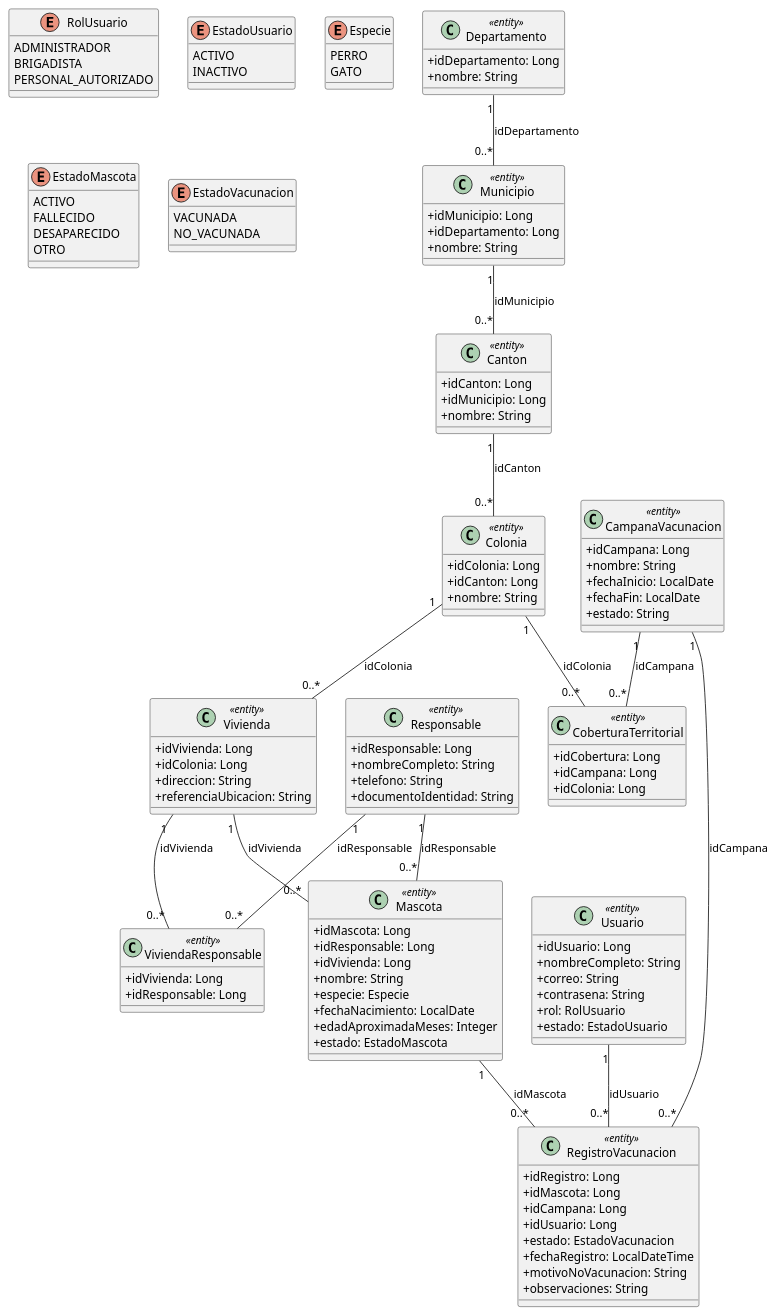
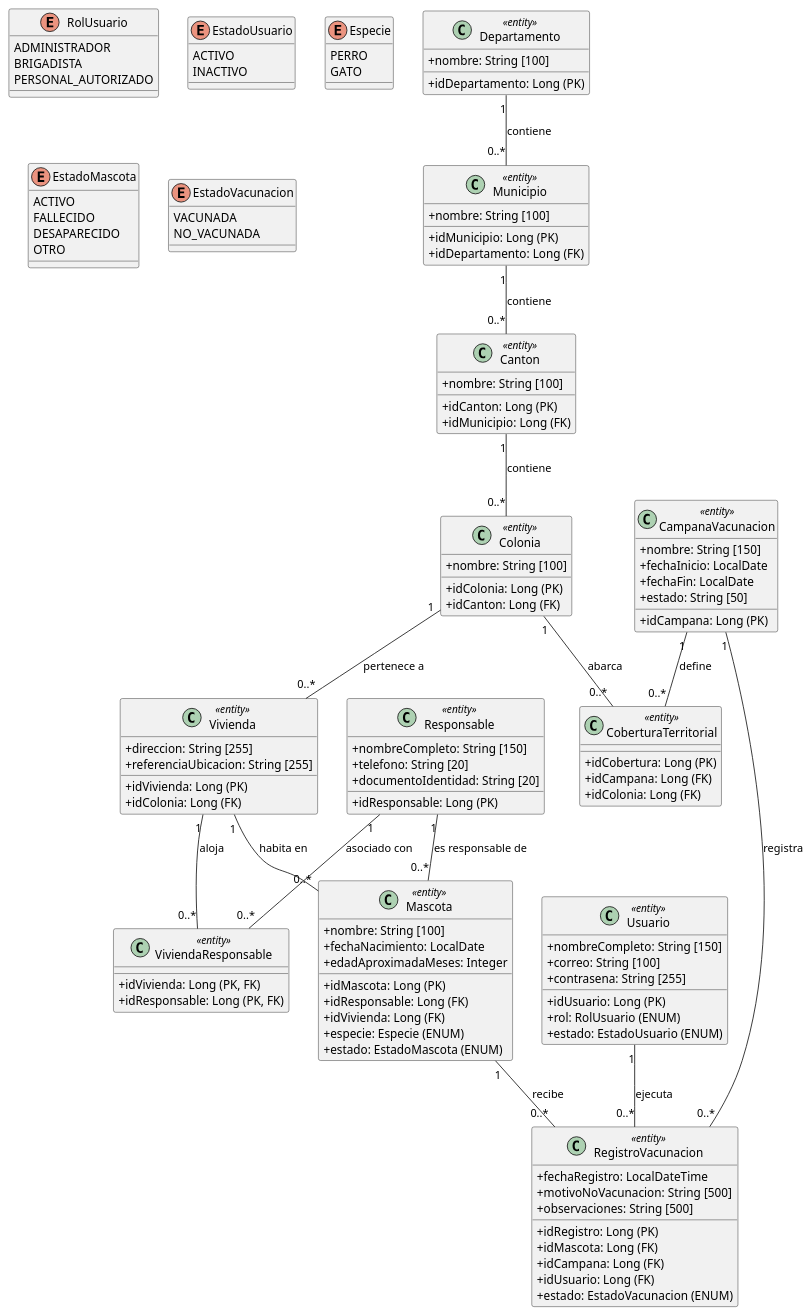
Before and after one commit to Alfredo2809/SISTEMA-DE-VACUNACION-ANIMAL: the diagram in src/main/Diagramas/ClaseDB.puml, drawn with PlantUML.

Commit message:
Restaurar version correcta de ClaseDB.puml con PK/FK

```diff
--- a/src/main/Diagramas/ClaseDB.puml
+++ b/src/main/Diagramas/ClaseDB.puml
@@ -1,146 +1,121 @@
 @startuml
 skinparam classAttributeIconSize 0
-
 ' Enumeraciones
 enum RolUsuario {
   ADMINISTRADOR
   BRIGADISTA
   PERSONAL_AUTORIZADO
 }
-
 enum EstadoUsuario {
   ACTIVO
   INACTIVO
 }
-
 enum Especie {
   PERRO
   GATO
 }
-
 enum EstadoMascota {
   ACTIVO
   FALLECIDO
   DESAPARECIDO
   OTRO
 }
-
-' Nuevo enumerador para manejar si fue vacunada o no en el mismo registro
 enum EstadoVacunacion {
   VACUNADA
   NO_VACUNADA
 }
-
-' Entidades adaptadas a Convención Java
+' Entidades adaptadas a Convención Java con TIPOS DE DATOS
 class Departamento <<entity>> {
-  + idDepartamento: Long
-  + nombre: String
+  + idDepartamento: Long (PK)
+  + nombre: String [100]
 }
-
 class Municipio <<entity>> {
-  + idMunicipio: Long
-  + idDepartamento: Long
-  + nombre: String
+  + idMunicipio: Long (PK)
+  + idDepartamento: Long (FK)
+  + nombre: String [100]
 }
-
 class Canton <<entity>> {
-  + idCanton: Long
-  + idMunicipio: Long
-  + nombre: String
+  + idCanton: Long (PK)
+  + idMunicipio: Long (FK)
+  + nombre: String [100]
 }
-
 class Colonia <<entity>> {
-  + idColonia: Long
-  + idCanton: Long
-  + nombre: String
+  + idColonia: Long (PK)
+  + idCanton: Long (FK)
+  + nombre: String [100]
 }
-
 class Vivienda <<entity>> {
-  + idVivienda: Long
-  + idColonia: Long
-  + direccion: String
-  + referenciaUbicacion: String
+  + idVivienda: Long (PK)
+  + idColonia: Long (FK)
+  + direccion: String [255]
+  + referenciaUbicacion: String [255]
 }
-
 class Responsable <<entity>> {
-  + idResponsable: Long
-  + nombreCompleto: String
-  + telefono: String
-  + documentoIdentidad: String
+  + idResponsable: Long (PK)
+  + nombreCompleto: String [150]
+  + telefono: String [20]
+  + documentoIdentidad: String [20]
 }
-
 class ViviendaResponsable <<entity>> {
-  + idVivienda: Long
-  + idResponsable: Long
+  + idVivienda: Long (PK, FK)
+  + idResponsable: Long (PK, FK)
 }
-
 class Mascota <<entity>> {
-  + idMascota: Long
-  + idResponsable: Long
-  + idVivienda: Long
-  + nombre: String
-  + especie: Especie
+  + idMascota: Long (PK)
+  + idResponsable: Long (FK)
+  + idVivienda: Long (FK)
+  + nombre: String [100]
+  + especie: Especie (ENUM)
   + fechaNacimiento: LocalDate
   + edadAproximadaMeses: Integer
-  + estado: EstadoMascota
+  + estado: EstadoMascota (ENUM)
 }
-
 class Usuario <<entity>> {
-  + idUsuario: Long
-  + nombreCompleto: String
-  + correo: String
-  + contrasena: String
-  + rol: RolUsuario
-  + estado: EstadoUsuario
+  + idUsuario: Long (PK)
+  + nombreCompleto: String [150]
+  + correo: String [100]
+  + contrasena: String [255]
+  + rol: RolUsuario (ENUM)
+  + estado: EstadoUsuario (ENUM)
 }
-
 class CampanaVacunacion <<entity>> {
-  + idCampana: Long
-  + nombre: String
+  + idCampana: Long (PK)
+  + nombre: String [150]
   + fechaInicio: LocalDate
   + fechaFin: LocalDate
-  + estado: String
+  + estado: String [50]
 }
-
 class CoberturaTerritorial <<entity>> {
-  + idCobertura: Long
-  + idCampana: Long
-  + idColonia: Long
+  + idCobertura: Long (PK)
+  + idCampana: Long (FK)
+  + idColonia: Long (FK)
 }
-
-' Entidad unificada para los registros de vacunación (Vacunados y No Vacunados)
 class RegistroVacunacion <<entity>> {
-  + idRegistro: Long
-  + idMascota: Long
-  + idCampana: Long
-  + idUsuario: Long
-  + estado: EstadoVacunacion
+  + idRegistro: Long (PK)
+  + idMascota: Long (FK)
+  + idCampana: Long (FK)
+  + idUsuario: Long (FK)
+  + estado: EstadoVacunacion (ENUM)
   + fechaRegistro: LocalDateTime
-  + motivoNoVacunacion: String
-  + observaciones: String
+  + motivoNoVacunacion: String [500]
+  + observaciones: String [500]
 }
-
 ' Relaciones Territoriales
-Departamento "1" -- "0..*" Municipio : idDepartamento
-Municipio "1" -- "0..*" Canton : idMunicipio
-Canton "1" -- "0..*" Colonia : idCanton
-Colonia "1" -- "0..*" Vivienda : idColonia
-Colonia "1" -- "0..*" CoberturaTerritorial : idColonia
-
+Departamento "1" -- "0..*" Municipio : contiene
+Municipio "1" -- "0..*" Canton : contiene
+Canton "1" -- "0..*" Colonia : contiene
+Colonia "1" -- "0..*" Vivienda : pertenece a
+Colonia "1" -- "0..*" CoberturaTerritorial : abarca
 ' Relaciones Vivienda y Responsable
-Responsable "1" -- "0..*" ViviendaResponsable : idResponsable
-Vivienda "1" -- "0..*" ViviendaResponsable : idVivienda
-
+Responsable "1" -- "0..*" ViviendaResponsable : asociado con
+Vivienda "1" -- "0..*" ViviendaResponsable : aloja
 ' Relaciones Mascotas
-Responsable "1" -- "0..*" Mascota : idResponsable
-Vivienda "1" -- "0..*" Mascota : idVivienda
-
+Responsable "1" -- "0..*" Mascota : es responsable de
+Vivienda "1" -- "0..*" Mascota : habita en
 ' Relaciones Campaña
-CampanaVacunacion "1" -- "0..*" CoberturaTerritorial : idCampana
-CampanaVacunacion "1" -- "0..*" RegistroVacunacion : idCampana
-
+CampanaVacunacion "1" -- "0..*" CoberturaTerritorial : define
+CampanaVacunacion "1" -- "0..*" RegistroVacunacion : registra
 ' Relaciones Registros
-Mascota "1" -- "0..*" RegistroVacunacion : idMascota
-Usuario "1" -- "0..*" RegistroVacunacion : idUsuario
-
+Mascota "1" -- "0..*" RegistroVacunacion : recibe
+Usuario "1" -- "0..*" RegistroVacunacion : ejecuta
 @enduml
```
